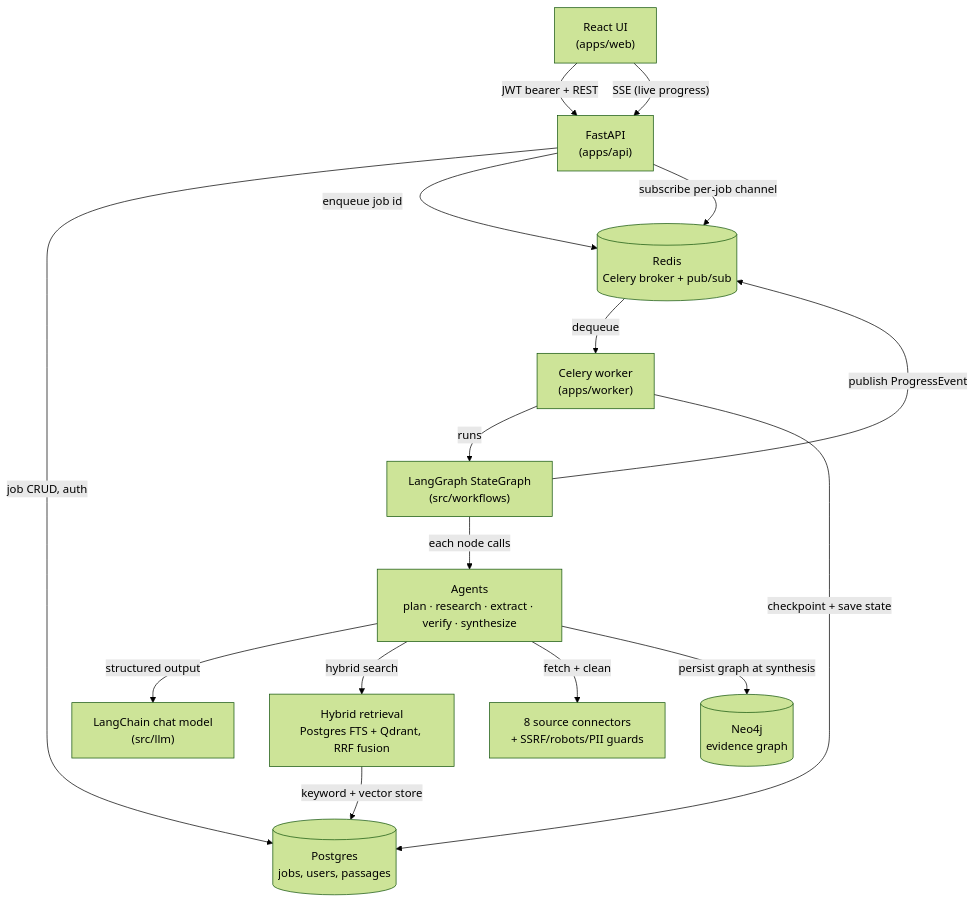
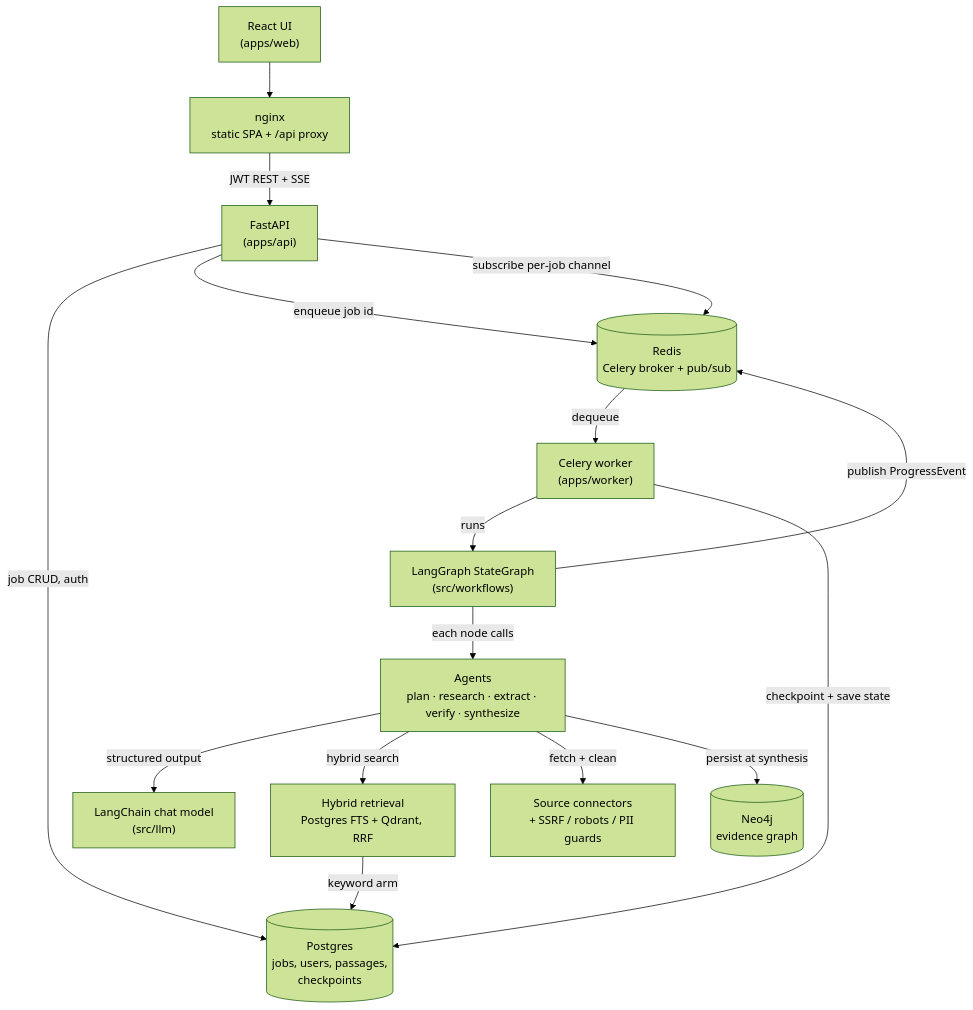
The diagram in README.md (zaineb-damak/evidence-research-agent), drawn with Mermaid (forest theme) before and after one commit. The commit also changed other lines of this file and 9 other files, not shown here.

````diff
--- a/README.md
+++ b/README.md
@@ -22,30 +84,31 @@
 ```mermaid
 graph TD
     UI["React UI<br/>(apps/web)"]
+    NGINX["nginx<br/>static SPA + /api proxy"]
     API["FastAPI<br/>(apps/api)"]
-    PG[("Postgres<br/>jobs, users, passages")]
+    PG[("Postgres<br/>jobs, users, passages,<br/>checkpoints")]
     REDIS[("Redis<br/>Celery broker + pub/sub")]
     WORKER["Celery worker<br/>(apps/worker)"]
     GRAPH["LangGraph StateGraph<br/>(src/workflows)"]
     AGENTS["Agents<br/>plan · research · extract · verify · synthesize"]
     LLM["LangChain chat model<br/>(src/llm)"]
-    RETRIEVAL["Hybrid retrieval<br/>Postgres FTS + Qdrant, RRF fusion"]
-    SOURCES["8 source connectors<br/>+ SSRF/robots/PII guards"]
+    RETRIEVAL["Hybrid retrieval<br/>Postgres FTS + Qdrant, RRF"]
+    SOURCES["Source connectors<br/>+ SSRF / robots / PII guards"]
     NEO4J[("Neo4j<br/>evidence graph")]
 
-    UI -- "JWT bearer + REST" --> API
-    UI -- "SSE (live progress)" --> API
+    UI --> NGINX
+    NGINX -- "JWT REST + SSE" --> API
     API -- "job CRUD, auth" --> PG
     API -- "enqueue job id" --> REDIS
     API -- "subscribe per-job channel" --> REDIS
     REDIS -- "dequeue" --> WORKER
     WORKER -- "runs" --> GRAPH
     GRAPH -- "each node calls" --> AGENTS
     AGENTS -- "structured output" --> LLM
     AGENTS -- "hybrid search" --> RETRIEVAL
     AGENTS -- "fetch + clean" --> SOURCES
-    RETRIEVAL -- "keyword + vector store" --> PG
-    AGENTS -- "persist graph at synthesis" --> NEO4J
+    RETRIEVAL -- "keyword arm" --> PG
+    AGENTS -- "persist at synthesis" --> NEO4J
     GRAPH -- "publish ProgressEvent" --> REDIS
     WORKER -- "checkpoint + save state" --> PG
 ```
````
